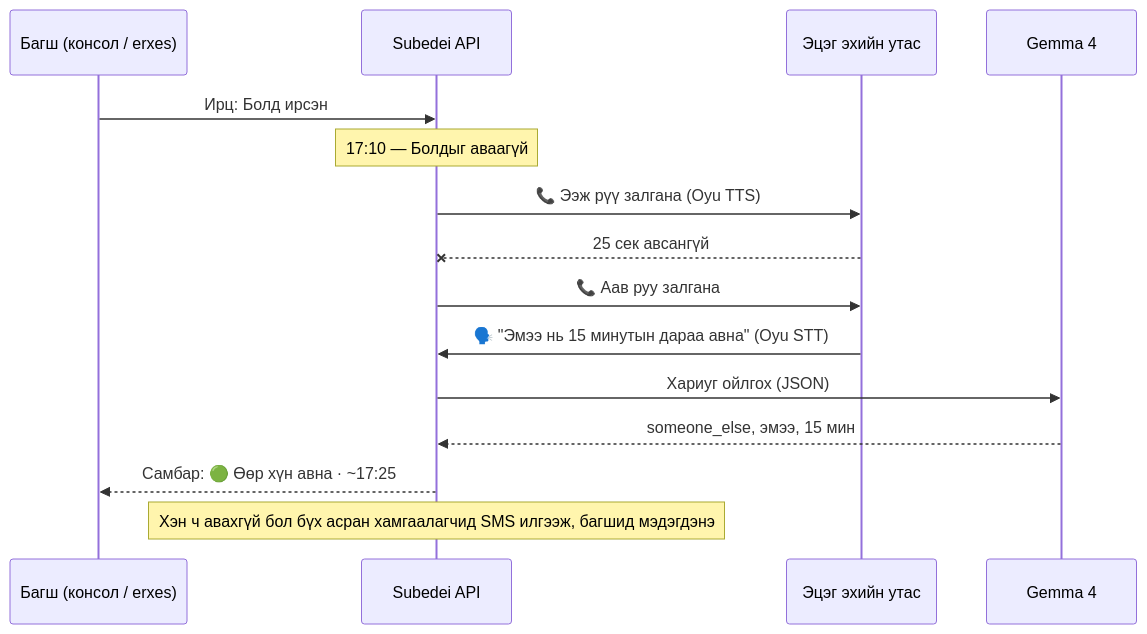
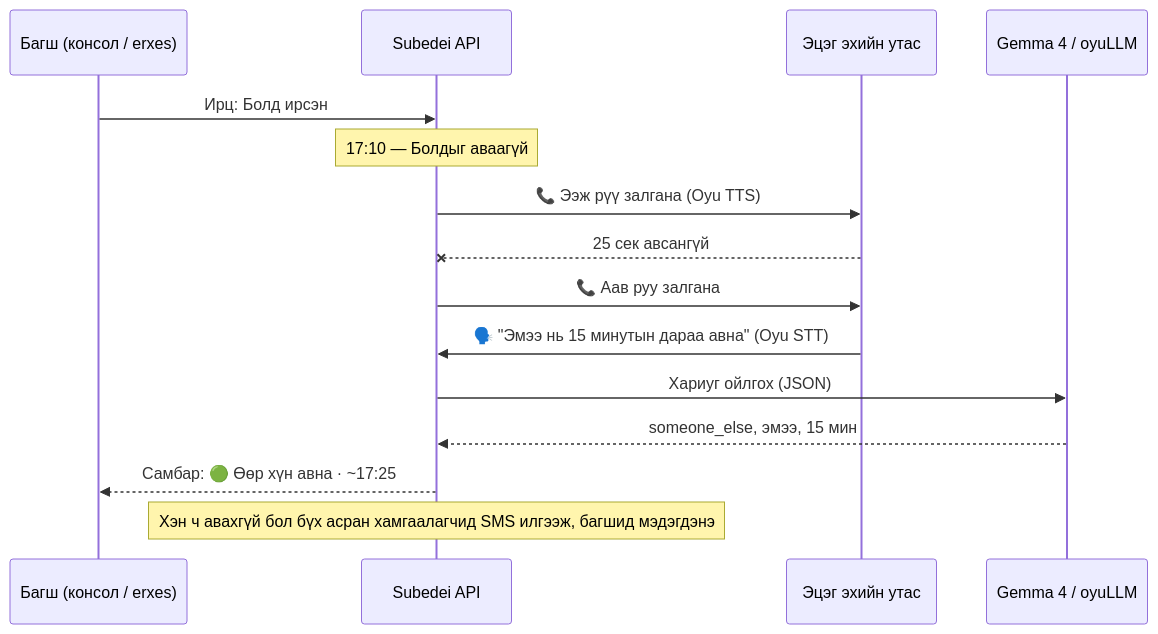
Before and after one commit to Mayaqz/hacktoberest: the diagram in README.md, drawn with Mermaid. The commit also changed other lines of this file and 17 other files, not shown here.

First line of the commit message:
Oyu яриа: tsuurAI TTS, Anir STT; oyuLLM дэмжлэг

````diff
--- a/README.md
+++ b/README.md
@@ -33,17 +33,17 @@
 ```mermaid
 sequenceDiagram
     participant T as Багш (консол / erxes)
     participant S as Subedei API
     participant P as Эцэг эхийн утас
-    participant G as Gemma 4
+    participant G as Gemma 4 / oyuLLM
     T->>S: Ирц: Болд ирсэн
     Note over S: 17:10 — Болдыг аваагүй
     S->>P: 📞 Ээж рүү залгана (Oyu TTS)
     P--xS: 25 сек авсангүй
     S->>P: 📞 Аав руу залгана
     P->>S: 🗣️ "Эмээ нь 15 минутын дараа авна" (Oyu STT)
     S->>G: Хариуг ойлгох (JSON)
     G-->>S: someone_else, эмээ, 15 мин
     S-->>T: Самбар: 🟢 Өөр хүн авна · ~17:25
     Note over S: Хэн ч авахгүй бол бүх асран хамгаалагчид SMS илгээж, багшид мэдэгдэнэ
 ```
````
